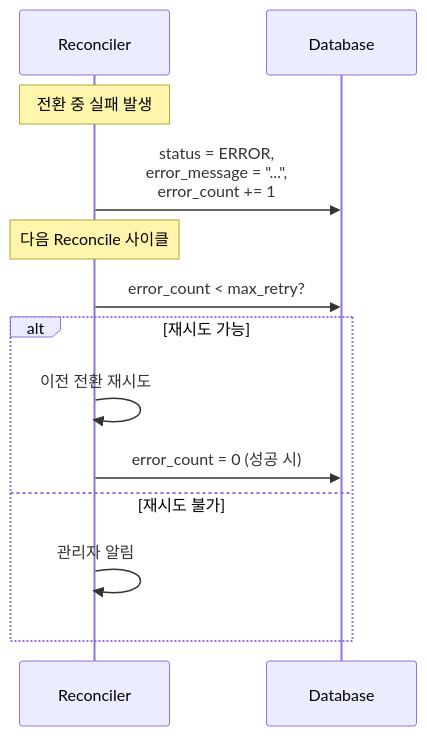
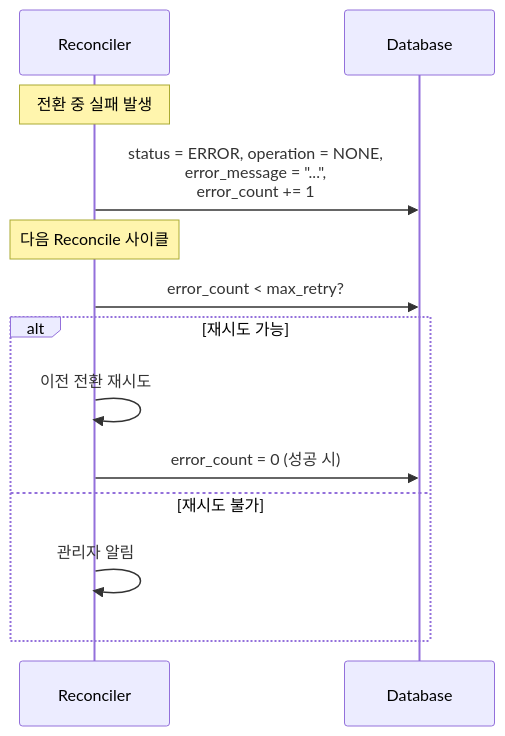
Before and after one commit to cagojeiger/code-hub: the ninth of 10 diagrams in docs/spec_v2/flows.md, drawn with Mermaid. The commit also changed other lines of this file and 4 other files, not shown here.

First line of the commit message:
docs(adr): add ADR-009 for status + operation separation

````diff
--- a/docs/spec_v2/flows.md
+++ b/docs/spec_v2/flows.md
@@ -314,18 +315,18 @@
 ```mermaid
 sequenceDiagram
     participant R as Reconciler
     participant DB as Database
 
     Note over R: 전환 중 실패 발생
-    R->>DB: status = ERROR,<br/>error_message = "...",<br/>error_count += 1
+    R->>DB: status = ERROR, operation = NONE,<br/>error_message = "...",<br/>error_count += 1
 
     Note over R: 다음 Reconcile 사이클
     R->>DB: error_count < max_retry?
 
     alt 재시도 가능
         R->>R: 이전 전환 재시도
         R->>DB: error_count = 0 (성공 시)
     else 재시도 불가
         R->>R: 관리자 알림
     end
 ```
````
